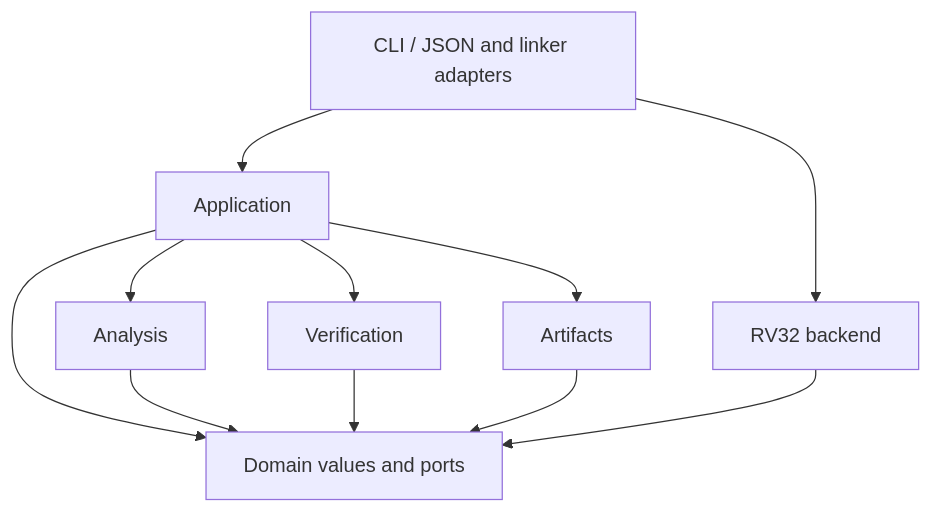
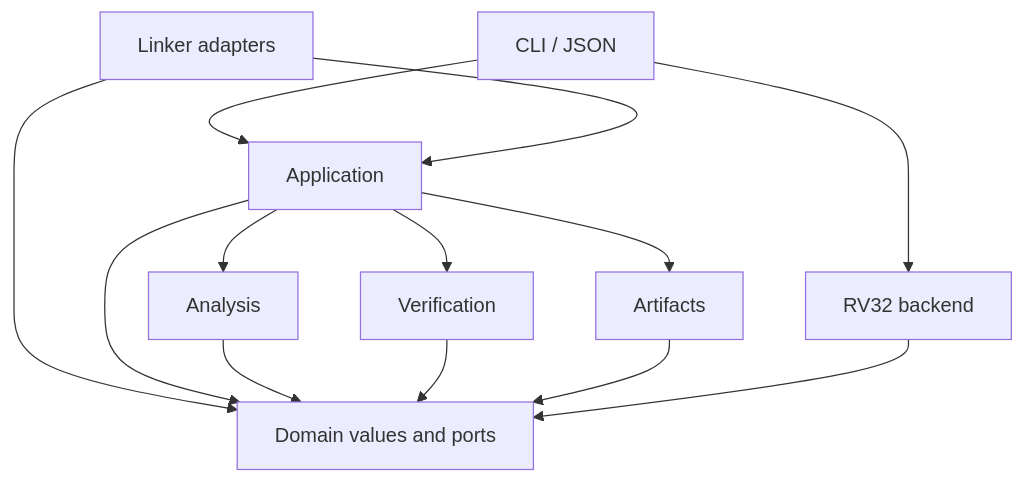
One commit to ermacv/open-esp-radio-rs changed the diagram in tools/blobray/docs/design/architecture.md. Above: the diagram before and after it, drawn with Mermaid. The commit also changed other lines of this file and 77 other files, not shown here.

First line of the commit message:
refactor(blobray): split the linker adapters from the command line

````diff
--- a/tools/blobray/docs/design/architecture.md
+++ b/tools/blobray/docs/design/architecture.md
@@ -114,13 +117,15 @@
 ```mermaid
 flowchart TD
-    Host[CLI / JSON and linker adapters] --> App[Application]
+    Host[CLI / JSON] --> App[Application]
+    Linker[Linker adapters] --> App
+    Linker --> Domain
     Host --> RV[RV32 backend]
     App --> Analysis[Analysis]
     App --> Verify[Verification]
     App --> Artifacts[Artifacts]
     App --> Domain[Domain values and ports]
     Analysis --> Domain
     Verify --> Domain
     Artifacts --> Domain
     RV --> Domain
 ```
````
